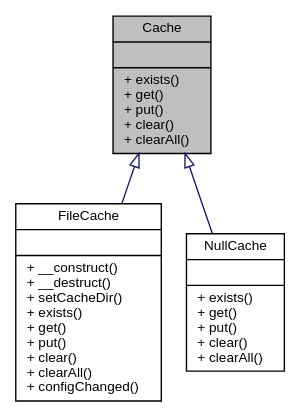
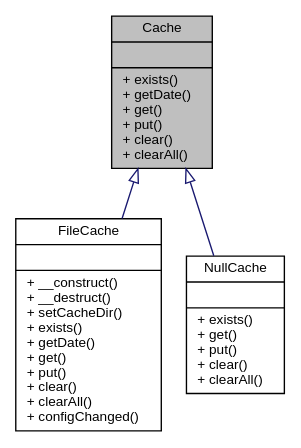
Before and after one commit to eherwig/wcmf: the diagram in interfacewcmf_1_1lib_1_1io_1_1_cache__inherit__graph.dot, drawn with Graphviz. The commit also changed 1132 other files, not shown here.

```diff
--- a/interfacewcmf_1_1lib_1_1io_1_1_cache__inherit__graph.dot
+++ b/interfacewcmf_1_1lib_1_1io_1_1_cache__inherit__graph.dot
@@ -1,10 +1,10 @@
 digraph "Cache"
 {
   edge [fontname="Helvetica",fontsize="10",labelfontname="Helvetica",labelfontsize="10"];
   node [fontname="Helvetica",fontsize="10",shape=record];
-  Node0 [label="{Cache\n||+ exists()\l+ get()\l+ put()\l+ clear()\l+ clearAll()\l}",height=0.2,width=0.4,color="black", fillcolor="grey75", style="filled", fontcolor="black"];
+  Node0 [label="{Cache\n||+ exists()\l+ getDate()\l+ get()\l+ put()\l+ clear()\l+ clearAll()\l}",height=0.2,width=0.4,color="black", fillcolor="grey75", style="filled", fontcolor="black"];
   Node0 -> Node1 [dir="back",color="midnightblue",fontsize="10",style="solid",arrowtail="onormal",fontname="Helvetica"];
-  Node1 [label="{FileCache\n||+ __construct()\l+ __destruct()\l+ setCacheDir()\l+ exists()\l+ get()\l+ put()\l+ clear()\l+ clearAll()\l+ configChanged()\l}",height=0.2,width=0.4,color="black", fillcolor="white", style="filled",URL="$classwcmf_1_1lib_1_1io_1_1impl_1_1_file_cache.html",tooltip="FileCache provides simple caching functionality. "];
+  Node1 [label="{FileCache\n||+ __construct()\l+ __destruct()\l+ setCacheDir()\l+ exists()\l+ getDate()\l+ get()\l+ put()\l+ clear()\l+ clearAll()\l+ configChanged()\l}",height=0.2,width=0.4,color="black", fillcolor="white", style="filled",URL="$classwcmf_1_1lib_1_1io_1_1impl_1_1_file_cache.html",tooltip="FileCache provides simple caching functionality. "];
   Node0 -> Node2 [dir="back",color="midnightblue",fontsize="10",style="solid",arrowtail="onormal",fontname="Helvetica"];
   Node2 [label="{NullCache\n||+ exists()\l+ get()\l+ put()\l+ clear()\l+ clearAll()\l}",height=0.2,width=0.4,color="black", fillcolor="white", style="filled",URL="$classwcmf_1_1lib_1_1io_1_1impl_1_1_null_cache.html",tooltip="NullCache acts as no cache. "];
 }
```
